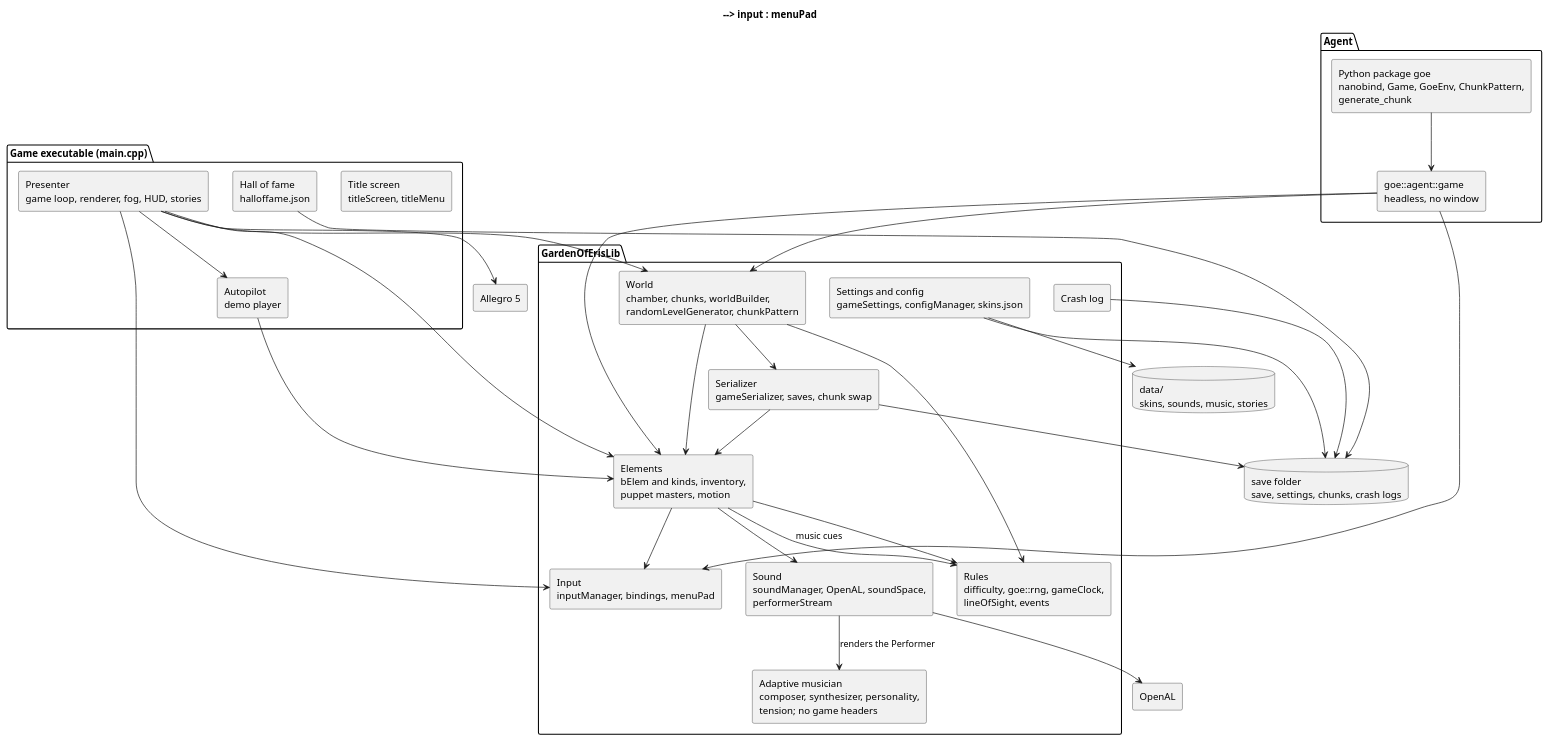
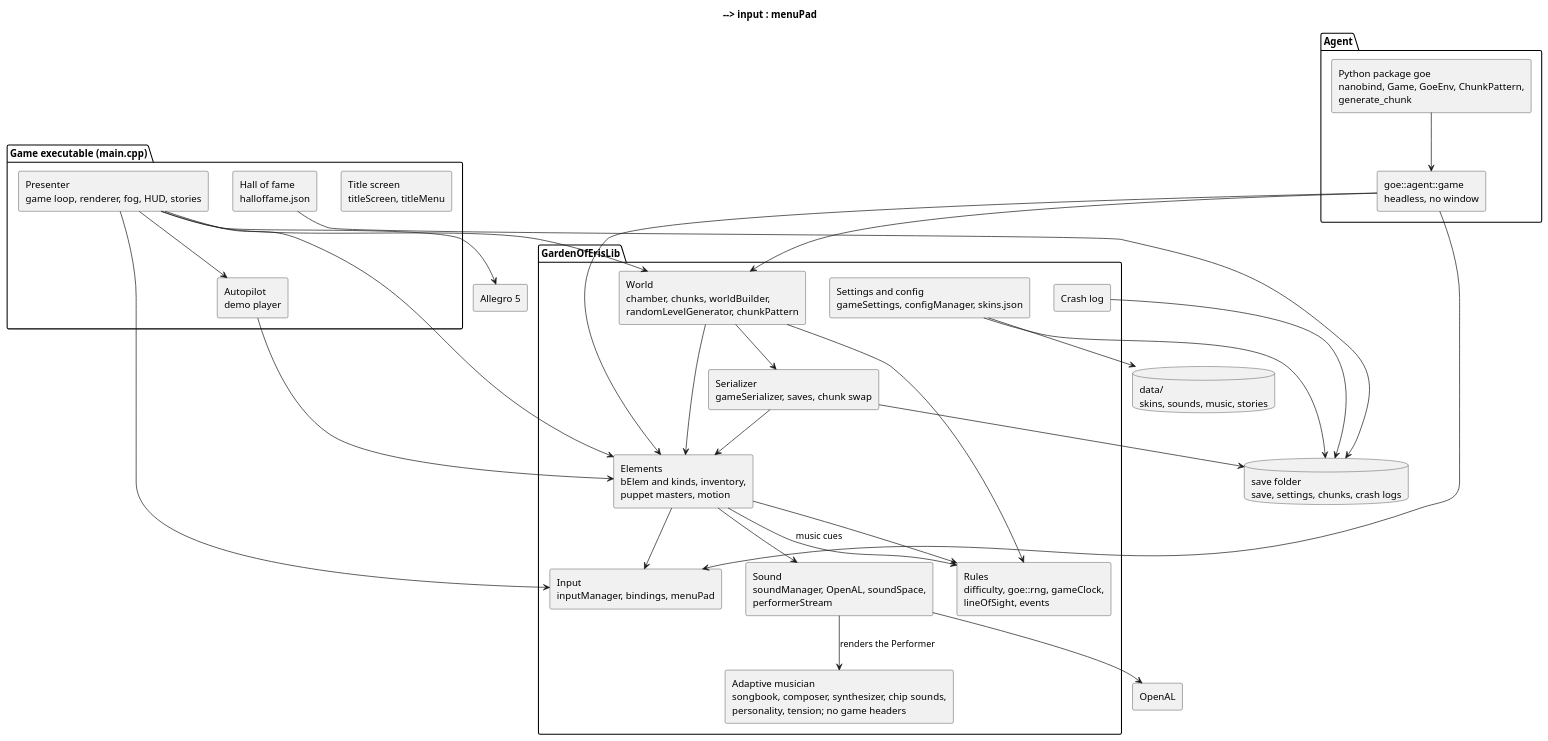
One commit to arielkonopka/Gardens-of-Eris changed the diagram in docs/diagrams/14-components.puml. Above: the diagram before and after it, drawn with PlantUML. The commit also changed 32 other files, not shown here.

```diff
--- a/docs/diagrams/14-components.puml
+++ b/docs/diagrams/14-components.puml
@@ -1,63 +1,63 @@
 @startuml
 title Modules and how they depend on each other
 skinparam componentStyle rectangle
 
 package "Game executable (main.cpp)" {
   [Title screen\ntitleScreen, titleMenu] as title
   [Presenter\ngame loop, renderer, fog, HUD, stories] as pres
   [Autopilot\ndemo player] as pilot
   [Hall of fame\nhalloffame.json] as fame
 }
 
 package "GardenOfErisLib" {
   [Elements\nbElem and kinds, inventory,\npuppet masters, motion] as elems
   [World\nchamber, chunks, worldBuilder,\nrandomLevelGenerator, chunkPattern] as world
   [Serializer\ngameSerializer, saves, chunk swap] as ser
   [Rules\ndifficulty, goe::rng, gameClock,\nlineOfSight, events] as rules
   [Input\ninputManager, bindings, menuPad] as input
   [Sound\nsoundManager, OpenAL, soundSpace,\nperformerStream] as sound
-  [Adaptive musician\ncomposer, synthesizer, personality,\ntension; no game headers] as musician
+  [Adaptive musician\nsongbook, composer, synthesizer, chip sounds,\npersonality, tension; no game headers] as musician
   [Settings and config\ngameSettings, configManager, skins.json] as cfg
   [Crash log] as crash
 }
 
 package "Agent" {
   [goe::agent::game\nheadless, no window] as agent
   [Python package goe\nnanobind, Game, GoeEnv, ChunkPattern,\ngenerate_chunk] as python
 }
 
 database "data/\nskins, sounds, music, stories" as data
 database "save folder\nsave, settings, chunks, crash logs" as saves
 [Allegro 5] as allegro
 [OpenAL] as openal
 
 title --> pres
 title --> fame
 pres --> pilot
 pres --> elems
 pres --> world
 pres --> input
 pres --> allegro
 pilot --> elems
 elems --> rules
 elems --> sound
 elems --> input
 world --> elems
 world --> rules
 world --> ser
 ser --> elems
 ser --> saves
 fame --> saves
 cfg --> data
 cfg --> saves
 sound --> openal
 sound --> musician : renders the Performer
 elems --> rules : music cues
 title --> cfg
 title --> input : menuPad
 crash --> saves
 python --> agent
 agent --> world
 agent --> elems
 agent --> input
 @enduml
```
